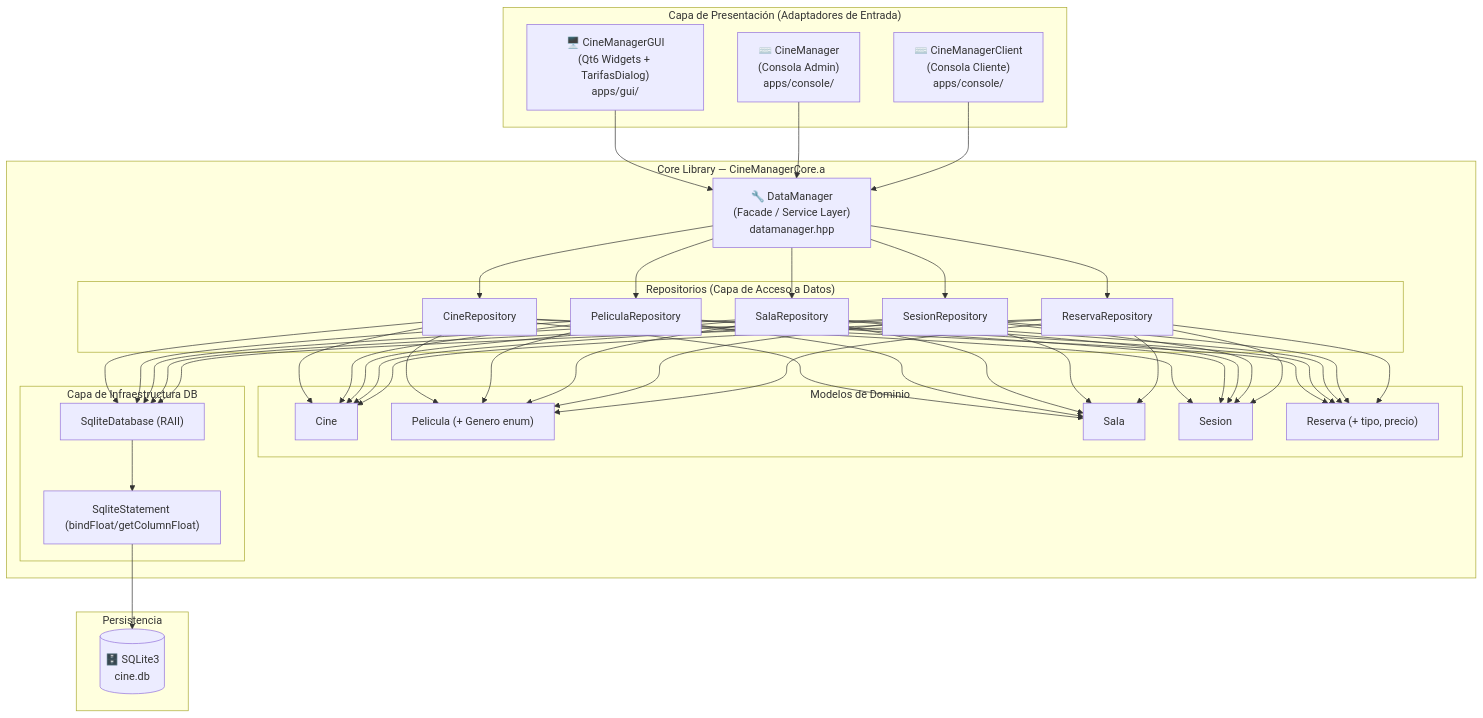
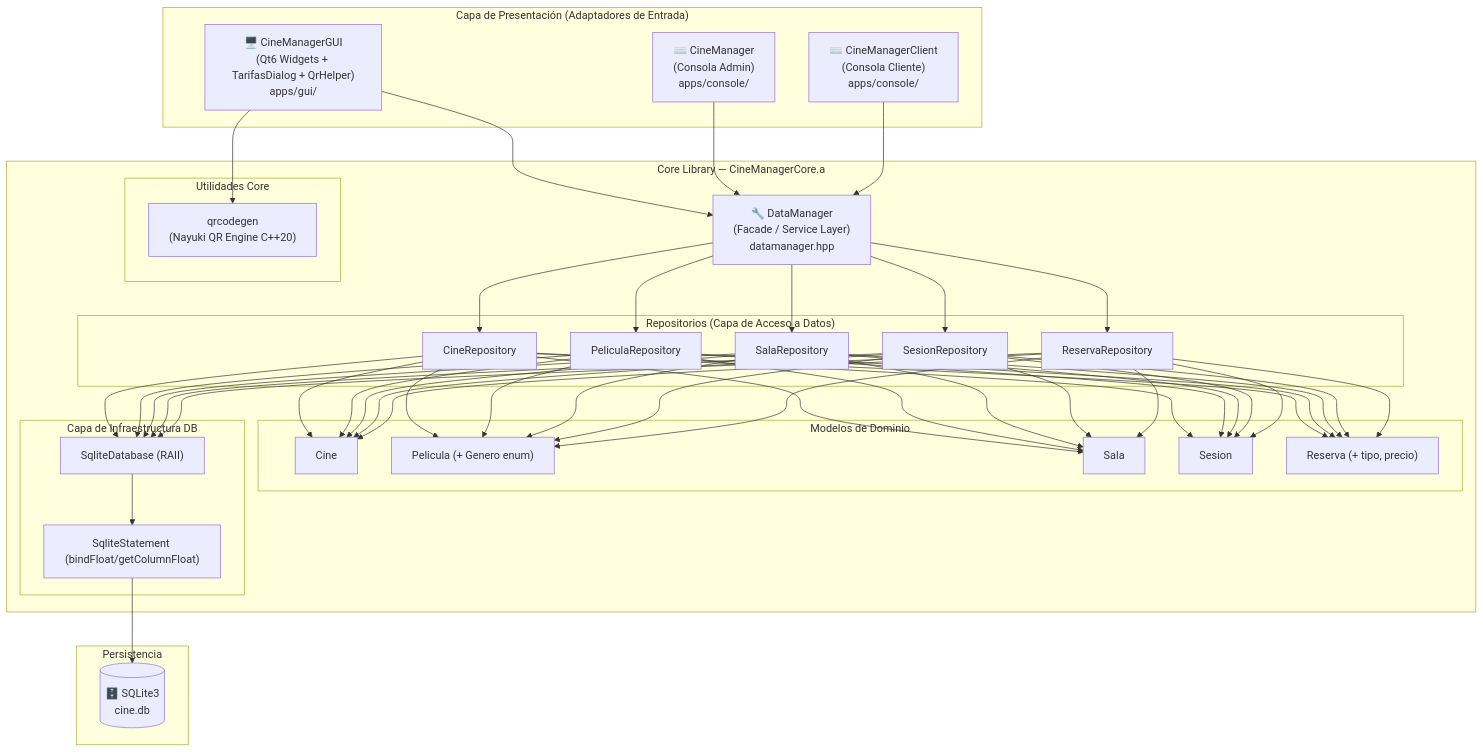
Before and after one commit to jorgebd21/CineManager: the diagram in docs/dev_documentation.md, drawn with Mermaid. The commit also changed other lines of this file and 1 other file, not shown here.

First line of the commit message:
docs: update technical documentation and roadmap for QR and full sessions

````diff
--- a/docs/dev_documentation.md
+++ b/docs/dev_documentation.md
@@ -28,47 +28,52 @@
 ```mermaid
 graph TB
     subgraph "Capa de Presentación (Adaptadores de Entrada)"
-        GUI["🖥️ CineManagerGUI<br/>(Qt6 Widgets + TarifasDialog)<br/>apps/gui/"]
+        GUI["🖥️ CineManagerGUI<br/>(Qt6 Widgets + TarifasDialog + QrHelper)<br/>apps/gui/"]
         ADMIN["⌨️ CineManager<br/>(Consola Admin)<br/>apps/console/"]
         CLIENT["⌨️ CineManagerClient<br/>(Consola Cliente)<br/>apps/console/"]
     end
 
     subgraph "Core Library — CineManagerCore.a"
         DM["🔧 DataManager<br/>(Facade / Service Layer)<br/>datamanager.hpp"]
 
         subgraph "Repositorios (Capa de Acceso a Datos)"
             CR["CineRepository"]
             PR["PeliculaRepository"]
             SR["SalaRepository"]
             SER["SesionRepository"]
             RR["ReservaRepository"]
+        end
+
+        subgraph "Utilidades Core"
+            QR["qrcodegen<br/>(Nayuki QR Engine C++20)"]
         end
 
         subgraph "Modelos de Dominio"
             M1["Cine"]
             M2["Pelicula (+ Genero enum)"]
             M3["Sala"]
             M4["Sesion"]
             M5["Reserva (+ tipo, precio)"]
         end
 
         subgraph "Capa de Infraestructura DB"
             DB["SqliteDatabase (RAII)"]
             STMT["SqliteStatement (bindFloat/getColumnFloat)"]
         end
     end
 
     subgraph "Persistencia"
         SQLITE[("🗄️ SQLite3<br/>cine.db")]
     end
 
     GUI --> DM
+    GUI --> QR
     ADMIN --> DM
     CLIENT --> DM
 
     DM --> CR & PR & SR & SER & RR
     CR & PR & SR & SER & RR --> DB
     CR & PR & SR & SER & RR --> M1 & M2 & M3 & M4 & M5
     DB --> STMT
     STMT --> SQLITE
 ```
````
